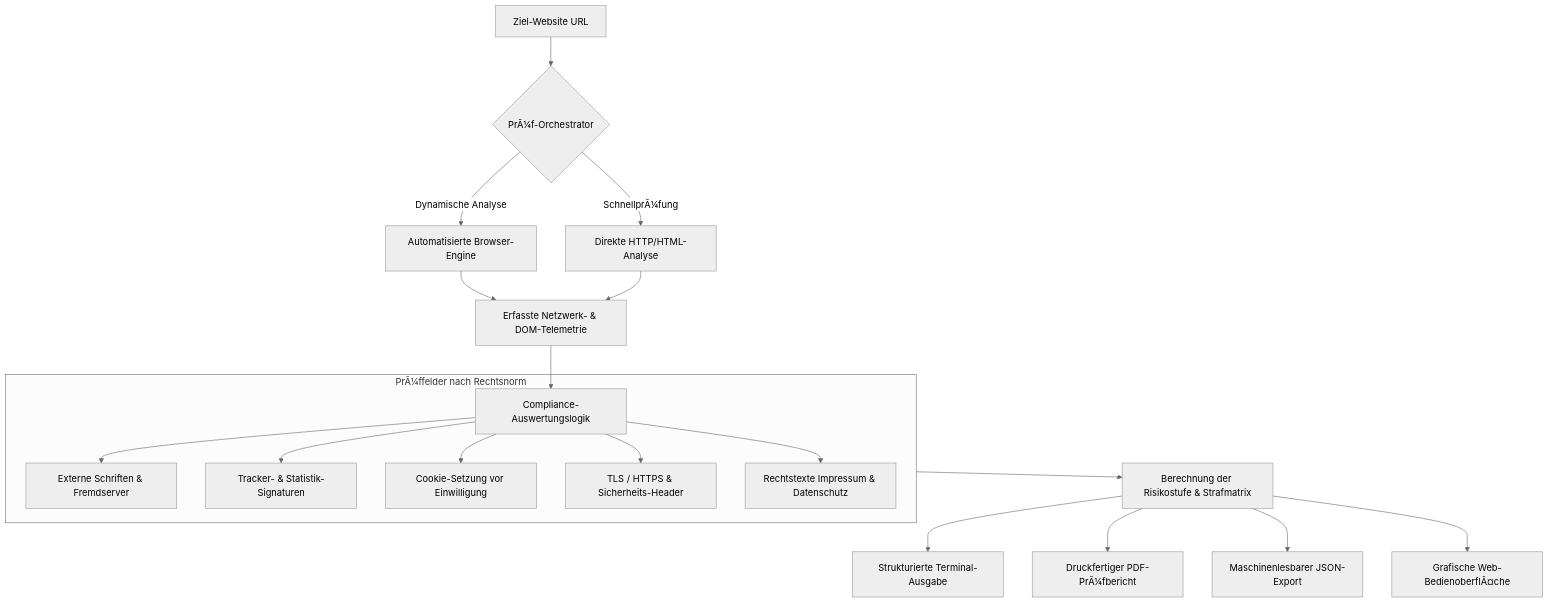
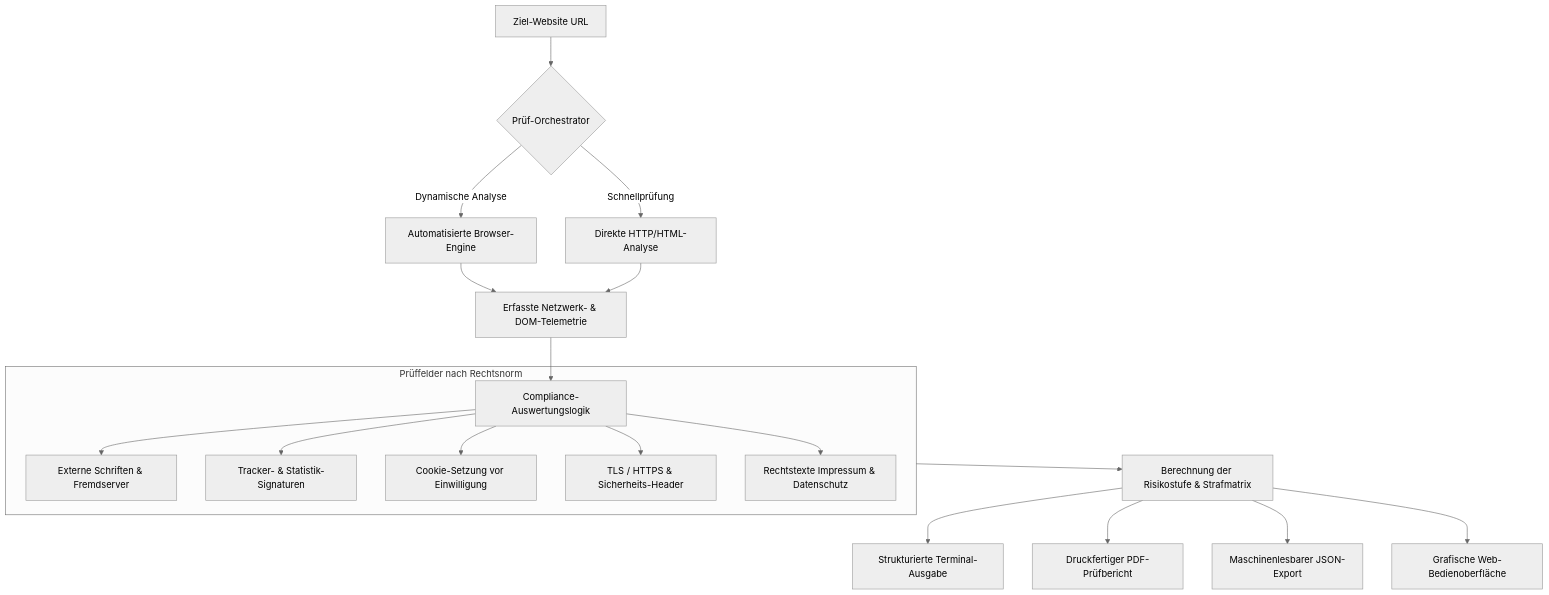
Before and after one commit to AirFun1311/dsgvo-checker: the diagram in README.md, drawn with Mermaid (neutral theme). The commit also changed other lines of this file, not shown here.

````diff
--- a/README.md
+++ b/README.md
@@ -64,27 +64,27 @@
 ```mermaid
 flowchart TD
-    A[Ziel-Website URL] --> B{PrÃ¼f-Orchestrator}
+    A[Ziel-Website URL] --> B{Prüf-Orchestrator}
     
     B -->|Dynamische Analyse| C[Automatisierte Browser-Engine]
-    B -->|SchnellprÃ¼fung| D[Direkte HTTP/HTML-Analyse]
+    B -->|Schnellprüfung| D[Direkte HTTP/HTML-Analyse]
     
     C --> E[Erfasste Netzwerk- & DOM-Telemetrie]
     D --> E
     
     E --> F[Compliance-Auswertungslogik]
     
-    subgraph Prueffelder [PrÃ¼ffelder nach Rechtsnorm]
+    subgraph Prueffelder [Prüffelder nach Rechtsnorm]
         F --> G1[Externe Schriften & Fremdserver]
         F --> G2[Tracker- & Statistik-Signaturen]
         F --> G3[Cookie-Setzung vor Einwilligung]
         F --> G4[TLS / HTTPS & Sicherheits-Header]
         F --> G5[Rechtstexte Impressum & Datenschutz]
     end
     
     Prueffelder --> H[Berechnung der Risikostufe & Strafmatrix]
     
     H --> I1[Strukturierte Terminal-Ausgabe]
-    H --> I2[Druckfertiger PDF-PrÃ¼fbericht]
+    H --> I2[Druckfertiger PDF-Prüfbericht]
     H --> I3[Maschinenlesbarer JSON-Export]
-    H --> I4[Grafische Web-BedienoberflÃ¤che]
+    H --> I4[Grafische Web-Bedienoberfläche]
 ```
````
